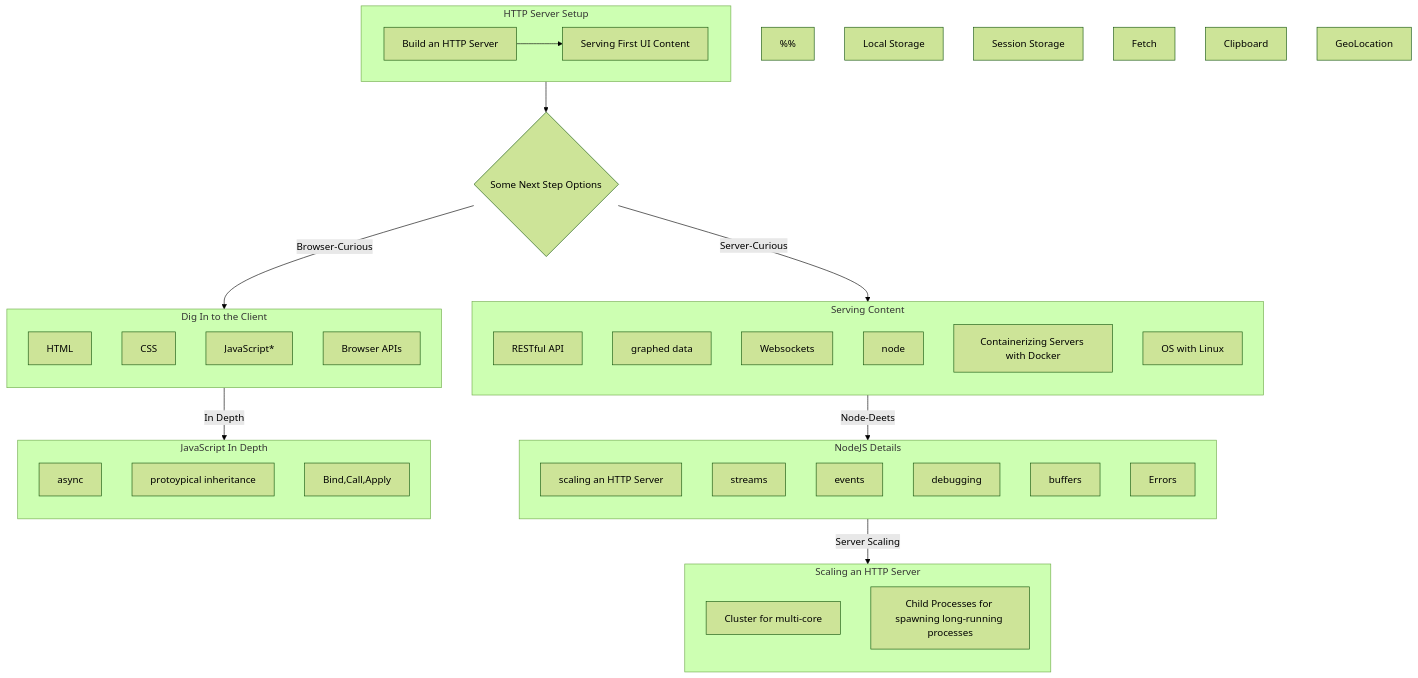
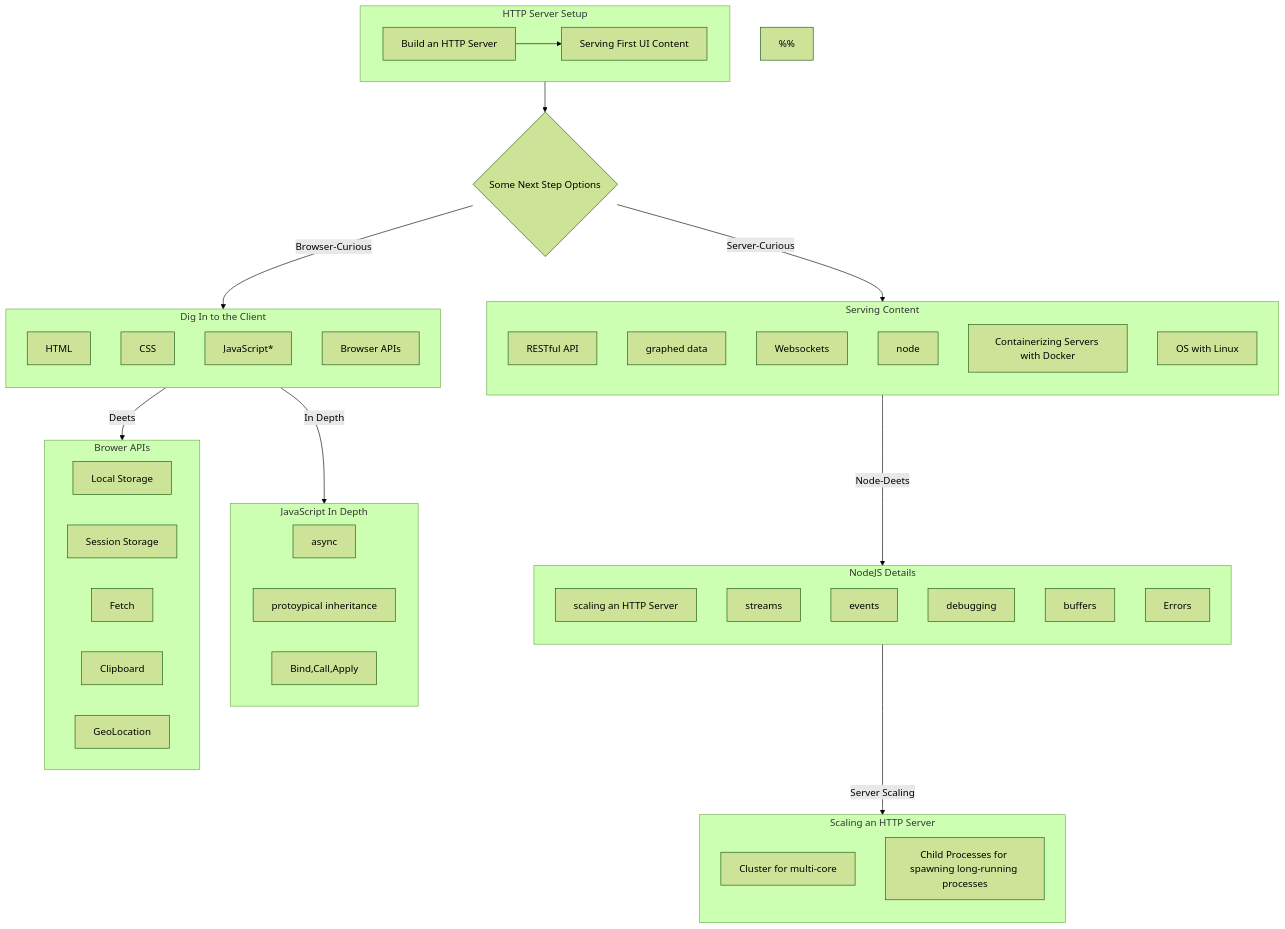
Before and after one commit to imagineLife/big-site: the diagram in src/pages/a-web-first-path.mdx, drawn with Mermaid (forest theme).

Commit message:
browser API subgraph && connection

````diff
--- a/src/pages/a-web-first-path.mdx
+++ b/src/pages/a-web-first-path.mdx
@@ -78,20 +78,16 @@
 
 
 
+
+%%
+%% Sub-Graph Groupings
+%%
+
 %%  HTTP server sub-graph
-
   subgraph HTTP_SERVER_SETUP[HTTP Server Setup]
     direction LR;
     HTTPSERVER --> FIRSTUI;
   end;
-
-
-
-
-
-%%
-%% Sub-Graph Groupings
-%%
 
 %% Server-Curious SubGraph
   subgraph SERVER_CURIOUS[Serving Content]
@@ -135,11 +131,22 @@
 
 %% JS
   subgraph JS-SUBGRAPH[JavaScript In Depth]
-    direction TB;
+    direction LR;
       ASYNC;
       INHER;
       BIND-CALL;
   end;
+
+%% Browser
+  subgraph BROWSER-SUBGRAPH[Brower APIs]
+    direction LR;
+    LOCAL-STORAGE;
+    SESSION-STORAGE;
+    FETCH;
+    CLIPBOARD;
+    GEOLOC;
+  end;
+
 
 
 
@@ -154,6 +161,6 @@
 
   %% NOTE: single-node-to-section
   SCALING-NODE --> |Server Scaling| NODE-SCALING-SUBGRAPH;
-
+  BROWSER-APIS --> |Deets| BROWSER-SUBGRAPH;
 
 ```
````
